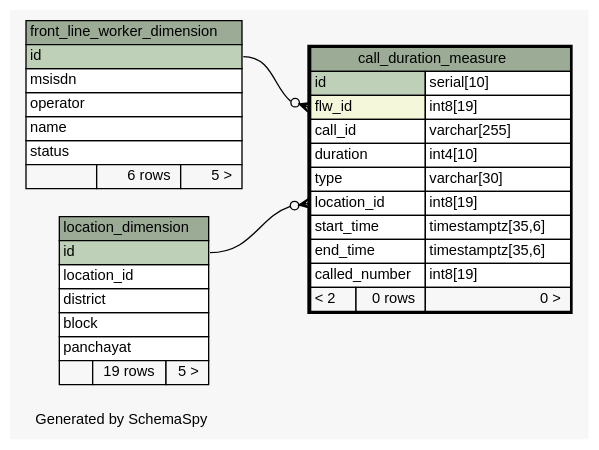
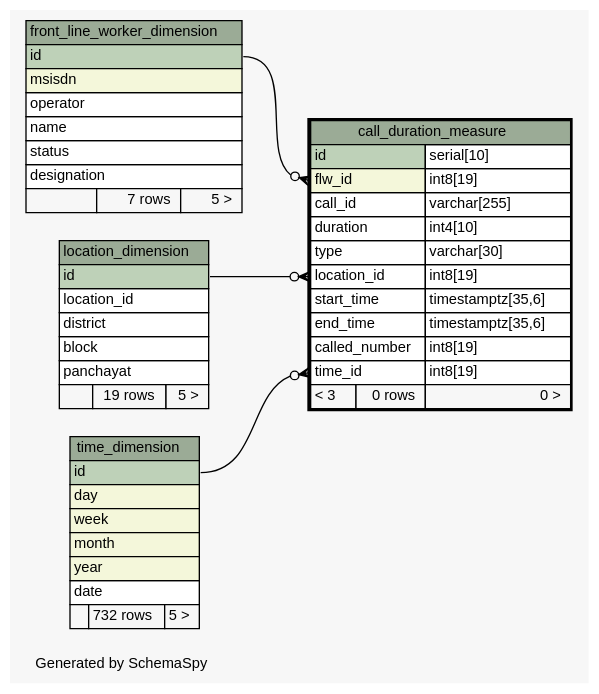
The diagram in ananya-report/build/schemaspy-output/diagrams/call_duration_measure.1degree.dot (motech/ananya), drawn with Graphviz before and after one commit. The commit also changed 73 other files, not shown here.

Commit message:
vijay|#00|updated schemaspy output

```diff
--- a/ananya-report/build/schemaspy-output/diagrams/call_duration_measure.1degree.dot
+++ b/ananya-report/build/schemaspy-output/diagrams/call_duration_measure.1degree.dot
@@ -1,70 +1,88 @@
-// dot 2.28.0 on Mac OS X 10.7.3
+// dot 2.26.3 on Linux 2.6.38-11-generic-pae
 // SchemaSpy rev 590
 digraph "oneDegreeRelationshipsDiagram" {
   graph [
     rankdir="RL"
     bgcolor="#f7f7f7"
     label="\nGenerated by SchemaSpy"
     labeljust="l"
     nodesep="0.18"
     ranksep="0.46"
     fontname="Helvetica"
     fontsize="11"
   ];
   node [
     fontname="Helvetica"
     fontsize="11"
     shape="plaintext"
   ];
   edge [
     arrowsize="0.8"
   ];
   "call_duration_measure":"flw_id":w -> "front_line_worker_dimension":"id":e [arrowhead=none dir=back arrowtail=crowodot];
   "call_duration_measure":"location_id":w -> "location_dimension":"id":e [arrowhead=none dir=back arrowtail=crowodot];
+  "call_duration_measure":"time_id":w -> "time_dimension":"id":e [arrowhead=none dir=back arrowtail=crowodot];
   "call_duration_measure" [
     label=<
     <TABLE BORDER="2" CELLBORDER="1" CELLSPACING="0" BGCOLOR="#ffffff">
       <TR><TD COLSPAN="3" BGCOLOR="#9bab96" ALIGN="CENTER">call_duration_measure</TD></TR>
       <TR><TD PORT="id" COLSPAN="2" BGCOLOR="#bed1b8" ALIGN="LEFT">id</TD><TD PORT="id.type" ALIGN="LEFT">serial[10]</TD></TR>
       <TR><TD PORT="flw_id" COLSPAN="2" BGCOLOR="#f4f7da" ALIGN="LEFT">flw_id</TD><TD PORT="flw_id.type" ALIGN="LEFT">int8[19]</TD></TR>
       <TR><TD PORT="call_id" COLSPAN="2" ALIGN="LEFT">call_id</TD><TD PORT="call_id.type" ALIGN="LEFT">varchar[255]</TD></TR>
       <TR><TD PORT="duration" COLSPAN="2" ALIGN="LEFT">duration</TD><TD PORT="duration.type" ALIGN="LEFT">int4[10]</TD></TR>
       <TR><TD PORT="type" COLSPAN="2" ALIGN="LEFT">type</TD><TD PORT="type.type" ALIGN="LEFT">varchar[30]</TD></TR>
       <TR><TD PORT="location_id" COLSPAN="2" ALIGN="LEFT">location_id</TD><TD PORT="location_id.type" ALIGN="LEFT">int8[19]</TD></TR>
       <TR><TD PORT="start_time" COLSPAN="2" ALIGN="LEFT">start_time</TD><TD PORT="start_time.type" ALIGN="LEFT">timestamptz[35,6]</TD></TR>
       <TR><TD PORT="end_time" COLSPAN="2" ALIGN="LEFT">end_time</TD><TD PORT="end_time.type" ALIGN="LEFT">timestamptz[35,6]</TD></TR>
       <TR><TD PORT="called_number" COLSPAN="2" ALIGN="LEFT">called_number</TD><TD PORT="called_number.type" ALIGN="LEFT">int8[19]</TD></TR>
-      <TR><TD ALIGN="LEFT" BGCOLOR="#f7f7f7">&lt; 2</TD><TD ALIGN="RIGHT" BGCOLOR="#f7f7f7">0 rows</TD><TD ALIGN="RIGHT" BGCOLOR="#f7f7f7">0 &gt;</TD></TR>
+      <TR><TD PORT="time_id" COLSPAN="2" ALIGN="LEFT">time_id</TD><TD PORT="time_id.type" ALIGN="LEFT">int8[19]</TD></TR>
+      <TR><TD ALIGN="LEFT" BGCOLOR="#f7f7f7">&lt; 3</TD><TD ALIGN="RIGHT" BGCOLOR="#f7f7f7">0 rows</TD><TD ALIGN="RIGHT" BGCOLOR="#f7f7f7">0 &gt;</TD></TR>
     </TABLE>>
     URL="call_duration_measure.html"
     tooltip="call_duration_measure"
   ];
   "front_line_worker_dimension" [
     label=<
     <TABLE BORDER="0" CELLBORDER="1" CELLSPACING="0" BGCOLOR="#ffffff">
       <TR><TD COLSPAN="3" BGCOLOR="#9bab96" ALIGN="CENTER">front_line_worker_dimension</TD></TR>
       <TR><TD PORT="id" COLSPAN="3" BGCOLOR="#bed1b8" ALIGN="LEFT">id</TD></TR>
-      <TR><TD PORT="msisdn" COLSPAN="3" ALIGN="LEFT">msisdn</TD></TR>
+      <TR><TD PORT="msisdn" COLSPAN="3" BGCOLOR="#f4f7da" ALIGN="LEFT">msisdn</TD></TR>
       <TR><TD PORT="operator" COLSPAN="3" ALIGN="LEFT">operator</TD></TR>
       <TR><TD PORT="name" COLSPAN="3" ALIGN="LEFT">name</TD></TR>
       <TR><TD PORT="status" COLSPAN="3" ALIGN="LEFT">status</TD></TR>
-      <TR><TD ALIGN="LEFT" BGCOLOR="#f7f7f7">  </TD><TD ALIGN="RIGHT" BGCOLOR="#f7f7f7">6 rows</TD><TD ALIGN="RIGHT" BGCOLOR="#f7f7f7">5 &gt;</TD></TR>
+      <TR><TD PORT="designation" COLSPAN="3" ALIGN="LEFT">designation</TD></TR>
+      <TR><TD ALIGN="LEFT" BGCOLOR="#f7f7f7">  </TD><TD ALIGN="RIGHT" BGCOLOR="#f7f7f7">7 rows</TD><TD ALIGN="RIGHT" BGCOLOR="#f7f7f7">5 &gt;</TD></TR>
     </TABLE>>
     URL="front_line_worker_dimension.html"
     tooltip="front_line_worker_dimension"
   ];
   "location_dimension" [
     label=<
     <TABLE BORDER="0" CELLBORDER="1" CELLSPACING="0" BGCOLOR="#ffffff">
       <TR><TD COLSPAN="3" BGCOLOR="#9bab96" ALIGN="CENTER">location_dimension</TD></TR>
       <TR><TD PORT="id" COLSPAN="3" BGCOLOR="#bed1b8" ALIGN="LEFT">id</TD></TR>
       <TR><TD PORT="location_id" COLSPAN="3" ALIGN="LEFT">location_id</TD></TR>
       <TR><TD PORT="district" COLSPAN="3" ALIGN="LEFT">district</TD></TR>
       <TR><TD PORT="block" COLSPAN="3" ALIGN="LEFT">block</TD></TR>
       <TR><TD PORT="panchayat" COLSPAN="3" ALIGN="LEFT">panchayat</TD></TR>
       <TR><TD ALIGN="LEFT" BGCOLOR="#f7f7f7">  </TD><TD ALIGN="RIGHT" BGCOLOR="#f7f7f7">19 rows</TD><TD ALIGN="RIGHT" BGCOLOR="#f7f7f7">5 &gt;</TD></TR>
     </TABLE>>
     URL="location_dimension.html"
     tooltip="location_dimension"
   ];
+  "time_dimension" [
+    label=<
+    <TABLE BORDER="0" CELLBORDER="1" CELLSPACING="0" BGCOLOR="#ffffff">
+      <TR><TD COLSPAN="3" BGCOLOR="#9bab96" ALIGN="CENTER">time_dimension</TD></TR>
+      <TR><TD PORT="id" COLSPAN="3" BGCOLOR="#bed1b8" ALIGN="LEFT">id</TD></TR>
+      <TR><TD PORT="day" COLSPAN="3" BGCOLOR="#f4f7da" ALIGN="LEFT">day</TD></TR>
+      <TR><TD PORT="week" COLSPAN="3" BGCOLOR="#f4f7da" ALIGN="LEFT">week</TD></TR>
+      <TR><TD PORT="month" COLSPAN="3" BGCOLOR="#f4f7da" ALIGN="LEFT">month</TD></TR>
+      <TR><TD PORT="year" COLSPAN="3" BGCOLOR="#f4f7da" ALIGN="LEFT">year</TD></TR>
+      <TR><TD PORT="date" COLSPAN="3" ALIGN="LEFT">date</TD></TR>
+      <TR><TD ALIGN="LEFT" BGCOLOR="#f7f7f7">  </TD><TD ALIGN="RIGHT" BGCOLOR="#f7f7f7">732 rows</TD><TD ALIGN="RIGHT" BGCOLOR="#f7f7f7">5 &gt;</TD></TR>
+    </TABLE>>
+    URL="time_dimension.html"
+    tooltip="time_dimension"
+  ];
 }
```
